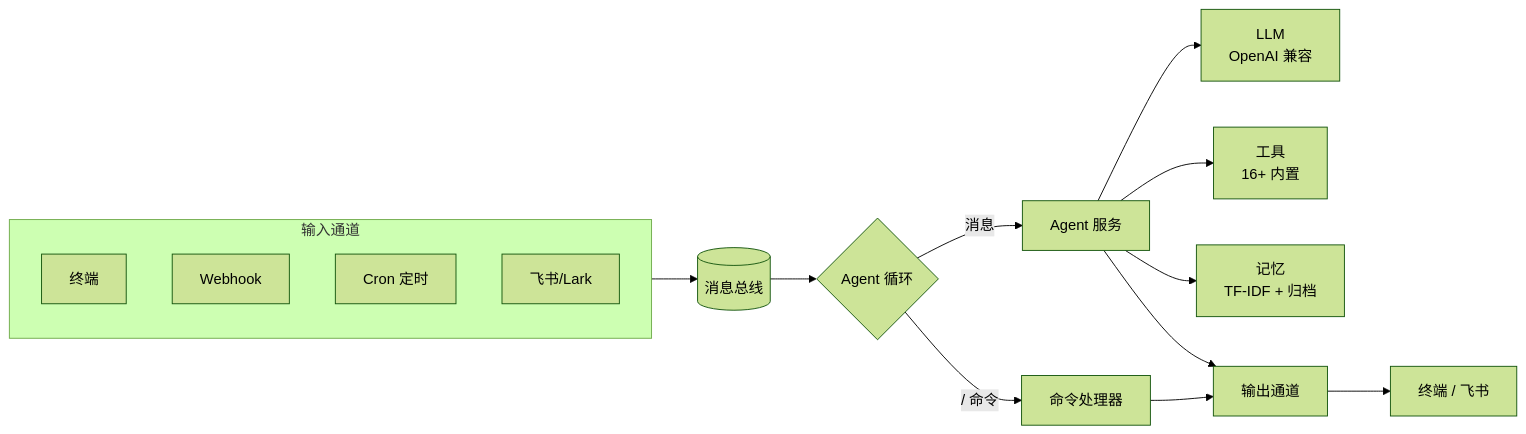
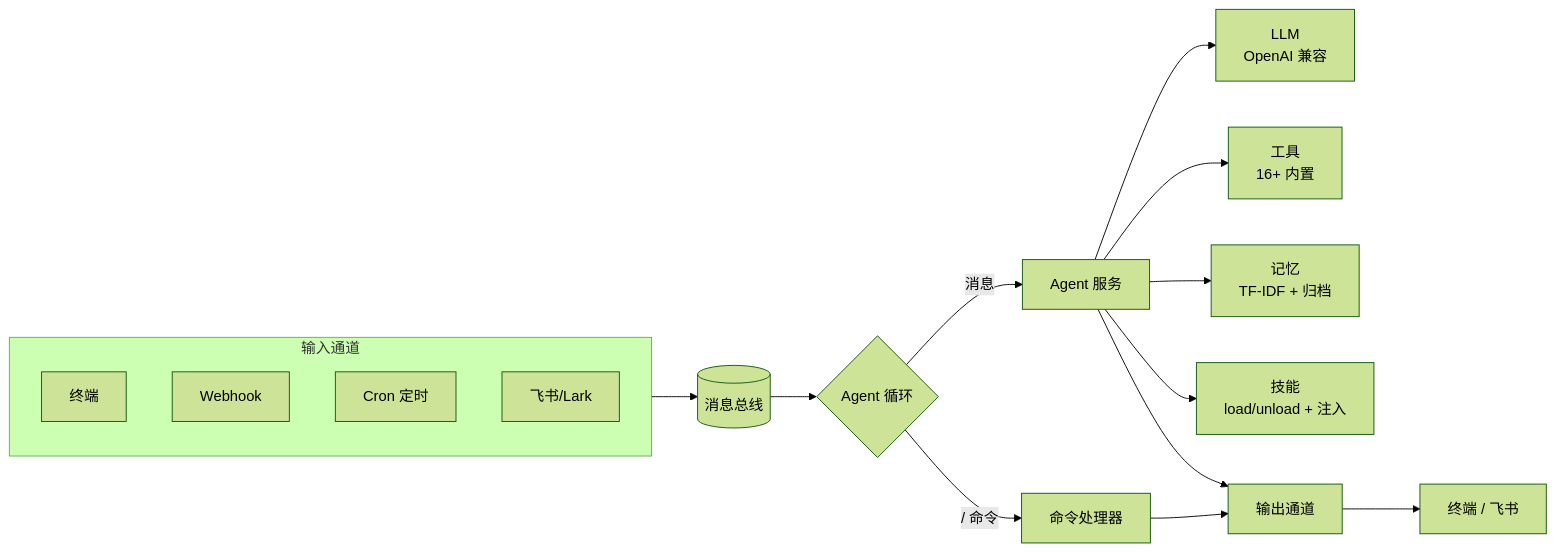
One commit to nl8590687/lemonclaw changed the diagram in README_ZH-CN.md. Above: the diagram before and after it, drawn with Mermaid (forest theme). The commit also changed other lines of this file and 24 other files, not shown here.

````diff
--- a/README_ZH-CN.md
+++ b/README_ZH-CN.md
@@ -31,19 +32,20 @@
 ```mermaid
 flowchart LR
     subgraph Inputs[输入通道]
         T[终端]
         W[Webhook]
         C[Cron 定时]
         F[飞书/Lark]
     end
     Inputs --> Bus[(消息总线)]
     Bus --> Loop{Agent 循环}
     Loop -->|"/" 命令| Cmd[命令处理器]
     Loop -->|消息| Agent[Agent 服务]
     Agent --> LLM[LLM<br/>OpenAI 兼容]
     Agent --> Tools[工具<br/>16+ 内置]
     Agent --> Mem[记忆<br/>TF-IDF + 归档]
+    Agent --> Skills[技能<br/>load/unload + 注入]
     Agent --> Out[输出通道]
     Cmd --> Out
     Out --> Resp[终端 / 飞书]
 ```
````
